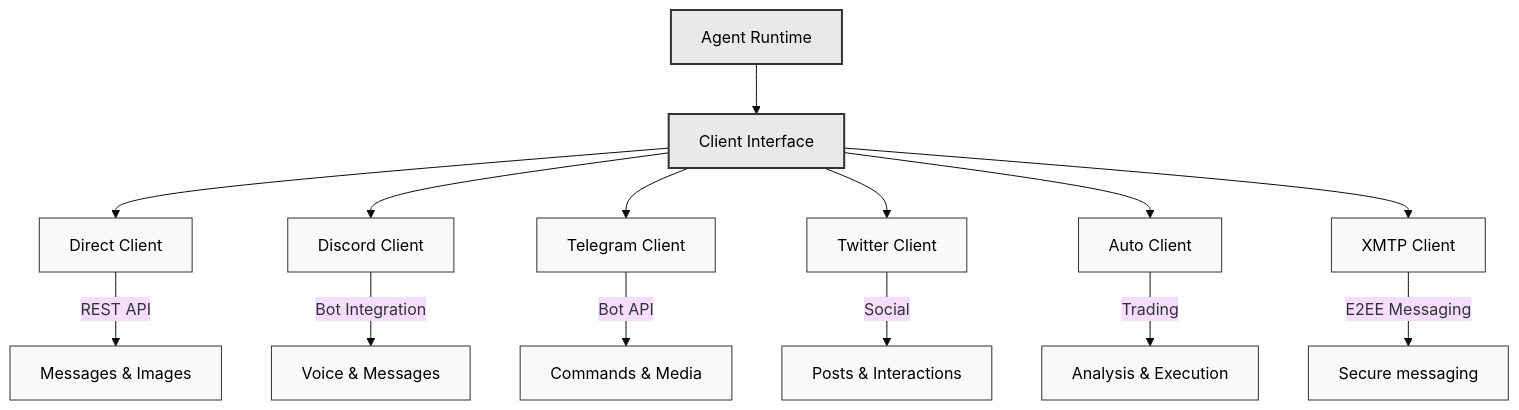
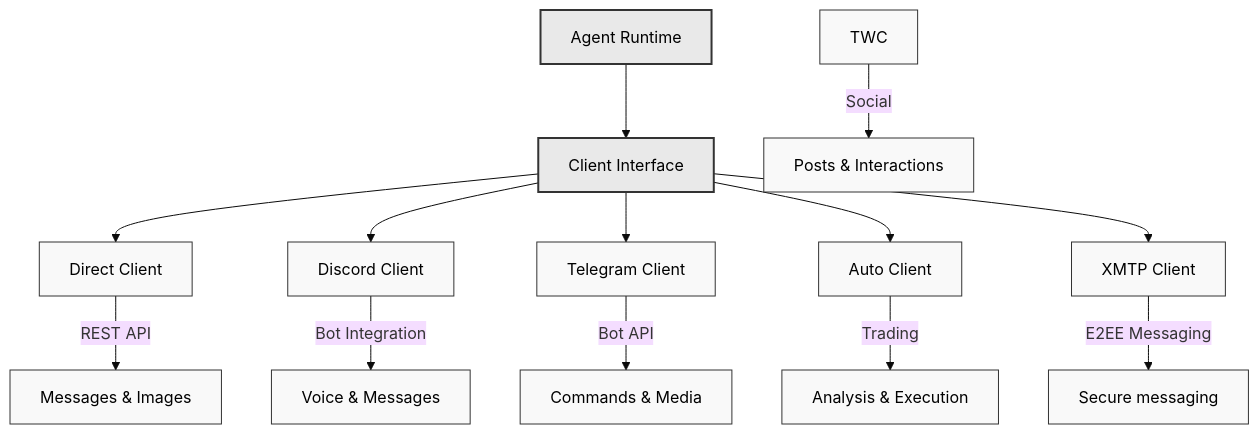
Before and after one commit to elizaos-plugins/plugin-xmtp: the diagram in README.md, drawn with Mermaid (base theme).

````diff
--- a/README.md
+++ b/README.md
@@ -7,28 +7,27 @@
 ```mermaid
 graph TD
     RT["Agent Runtime"]
     CI["Client Interface"]
     RT --> CI
 
     %% Main Clients
     CI --> DC["Direct Client"]
     CI --> DSC["Discord Client"]
     CI --> TC["Telegram Client"]
-    CI --> TWC["Twitter Client"]
     CI --> AC["Auto Client"]
     CI --> XMTP["XMTP Client"]
 
     %% Key Features - one per client for clarity
     DC --> |"REST API"| DC1["Messages & Images"]
     DSC --> |"Bot Integration"| DSC1["Voice & Messages"]
     TC --> |"Bot API"| TC1["Commands & Media"]
     TWC --> |"Social"| TWC1["Posts & Interactions"]
     AC --> |"Trading"| AC1["Analysis & Execution"]
     XMTP --> |"E2EE Messaging"| XMTP1["Secure messaging"]
 
     %% Simple styling with better contrast and black text
     classDef default fill:#f9f9f9,stroke:#333,stroke-width:1px,color:black
     classDef highlight fill:#e9e9e9,stroke:#333,stroke-width:2px,color:black
 
     class RT,CI highlight
 ```
````
